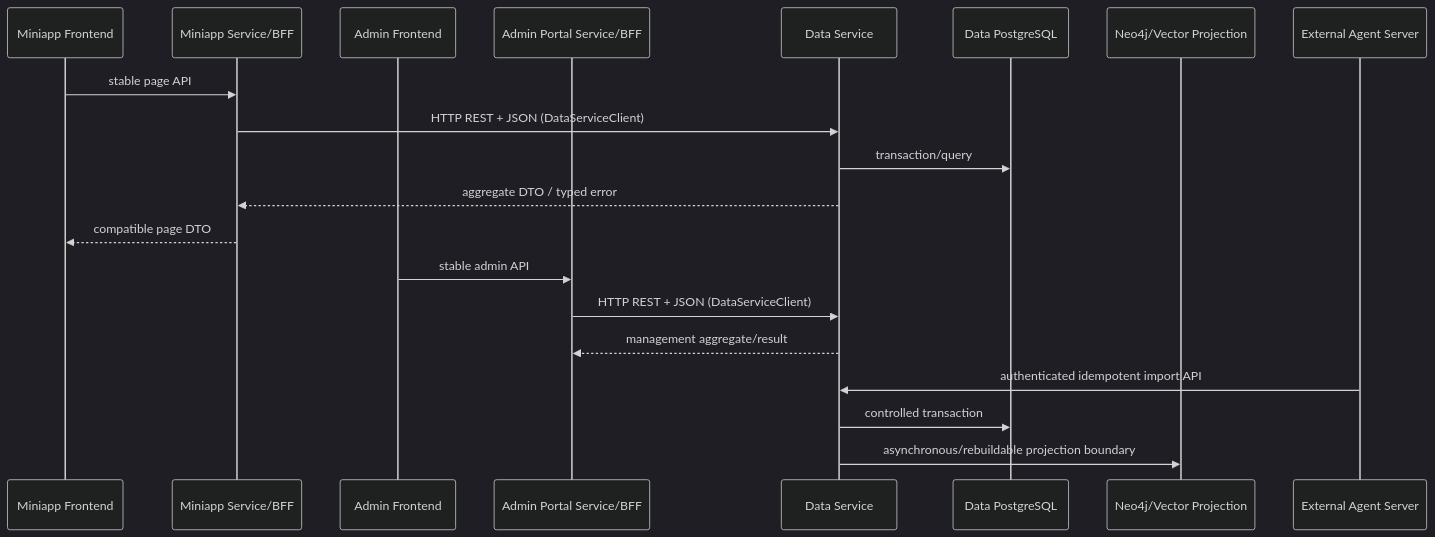
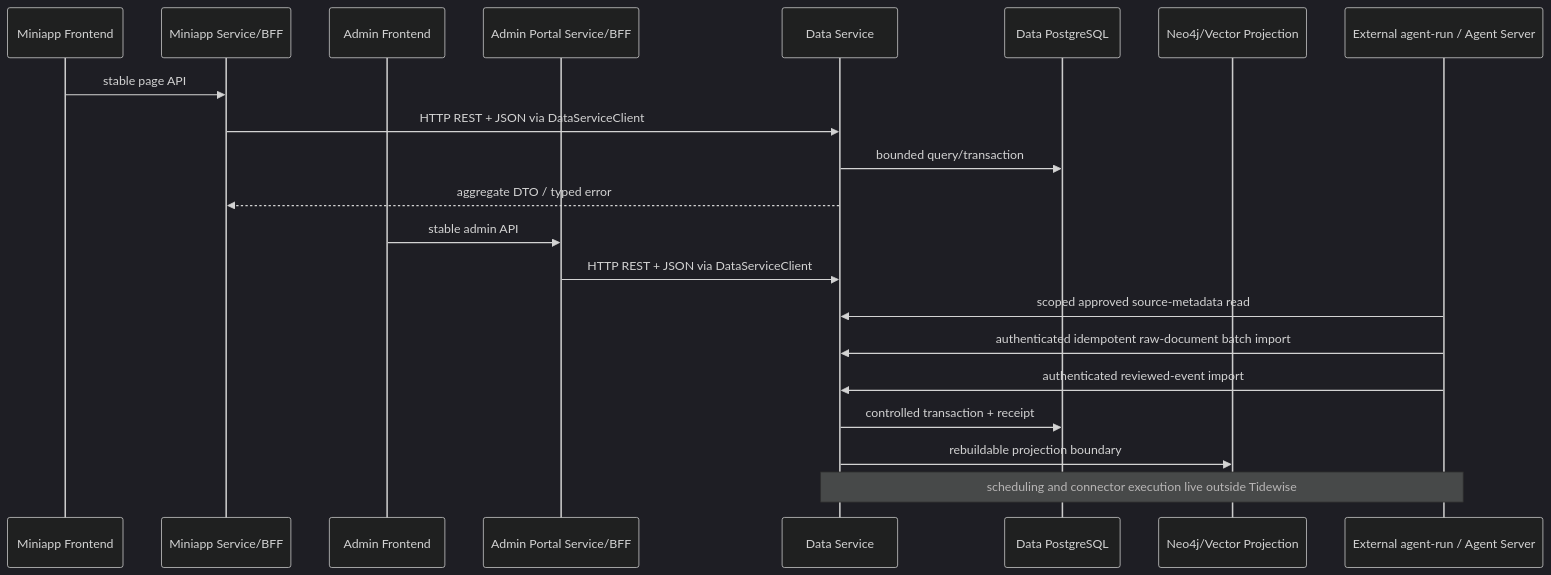
Before and after one commit to meierlink88/tidewise-ai: the first of 2 diagrams in openspec/changes/establish-data-service-bff-boundaries/design.md, drawn with Mermaid (dark theme). The commit also changed other lines of this file and 10 other files, not shown here.

Commit message:
docs(openspec): revise service boundary proposal checkpoint

````diff
--- a/openspec/changes/establish-data-service-bff-boundaries/design.md
+++ b/openspec/changes/establish-data-service-bff-boundaries/design.md
@@ -17,23 +22,24 @@
 ```mermaid
 sequenceDiagram
     participant MiniFE as Miniapp Frontend
     participant MiniBFF as Miniapp Service/BFF
     participant AdminFE as Admin Frontend
     participant AdminBFF as Admin Portal Service/BFF
     participant Data as Data Service
     participant PG as Data PostgreSQL
-    participant Graph as Neo4j/Vector Projection
-    participant Agent as External Agent Server
+    participant Projection as Neo4j/Vector Projection
+    participant AgentRun as External agent-run / Agent Server
 
     MiniFE->>MiniBFF: stable page API
-    MiniBFF->>Data: HTTP REST + JSON (DataServiceClient)
-    Data->>PG: transaction/query
+    MiniBFF->>Data: HTTP REST + JSON via DataServiceClient
+    Data->>PG: bounded query/transaction
     Data-->>MiniBFF: aggregate DTO / typed error
-    MiniBFF-->>MiniFE: compatible page DTO
     AdminFE->>AdminBFF: stable admin API
-    AdminBFF->>Data: HTTP REST + JSON (DataServiceClient)
-    Data-->>AdminBFF: management aggregate/result
-    Agent->>Data: authenticated idempotent import API
-    Data->>PG: controlled transaction
-    Data->>Graph: asynchronous/rebuildable projection boundary
+    AdminBFF->>Data: HTTP REST + JSON via DataServiceClient
+    AgentRun->>Data: scoped approved source-metadata read
+    AgentRun->>Data: authenticated idempotent raw-document batch import
+    AgentRun->>Data: authenticated reviewed-event import
+    Data->>PG: controlled transaction + receipt
+    Data->>Projection: rebuildable projection boundary
+    Note over AgentRun,Data: scheduling and connector execution live outside Tidewise
 ```
````
